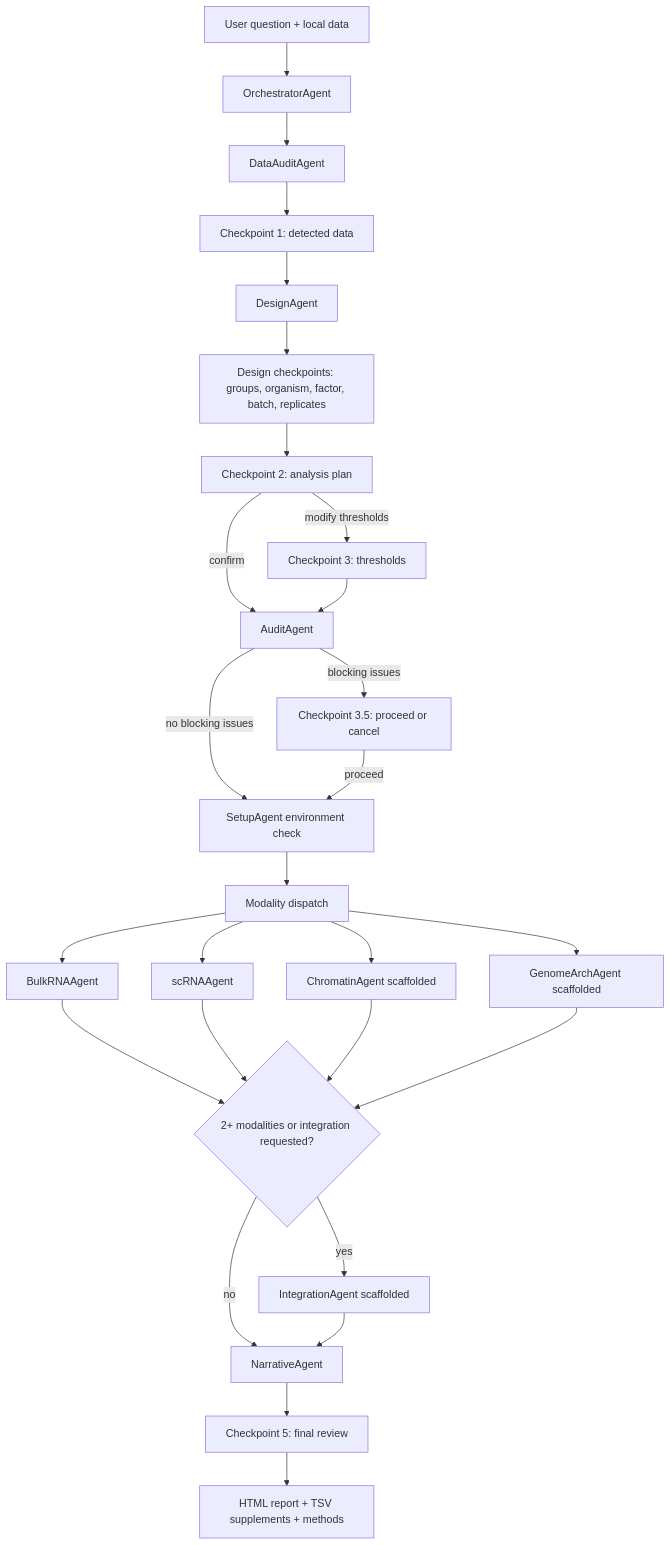
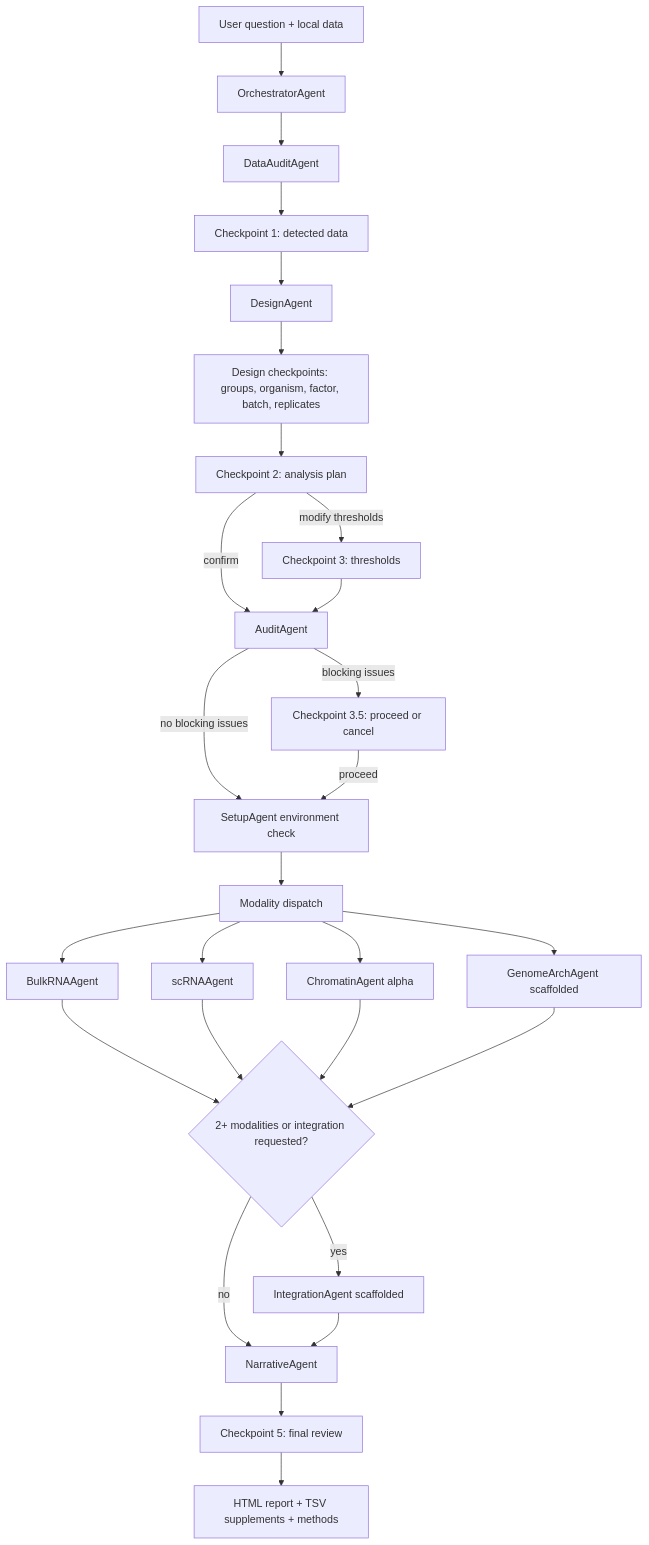
One commit to Olascoaga/aria-omics changed the diagram in docs/architecture/overview.md. Above: the diagram before and after it, drawn with Mermaid. The commit also changed other lines of this file and 11 other files, not shown here.

````diff
--- a/docs/architecture/overview.md
+++ b/docs/architecture/overview.md
@@ -15,29 +15,29 @@
 ```mermaid
 flowchart TD
     U[User question + local data] --> O[OrchestratorAgent]
     O --> DA[DataAuditAgent]
     DA --> CP1[Checkpoint 1: detected data]
     CP1 --> D[DesignAgent]
     D --> CP2[Design checkpoints: groups, organism, factor, batch, replicates]
     CP2 --> PLAN[Checkpoint 2: analysis plan]
     PLAN -->|confirm| A[AuditAgent]
     PLAN -->|modify thresholds| CP3[Checkpoint 3: thresholds]
     CP3 --> A
     A -->|blocking issues| CP35[Checkpoint 3.5: proceed or cancel]
     A -->|no blocking issues| SETUP[SetupAgent environment check]
     CP35 -->|proceed| SETUP
     SETUP --> DISPATCH[Modality dispatch]
     DISPATCH --> B[BulkRNAAgent]
     DISPATCH --> S[scRNAAgent]
-    DISPATCH --> C[ChromatinAgent scaffolded]
+    DISPATCH --> C[ChromatinAgent alpha]
     DISPATCH --> H[GenomeArchAgent scaffolded]
     B --> MAYBEINT{2+ modalities or integration requested?}
     S --> MAYBEINT
     C --> MAYBEINT
     H --> MAYBEINT
     MAYBEINT -->|yes| INT[IntegrationAgent scaffolded]
     MAYBEINT -->|no| N[NarrativeAgent]
     INT --> N
     N --> CP5[Checkpoint 5: final review]
     CP5 --> R[HTML report + TSV supplements + methods]
 ```
````
